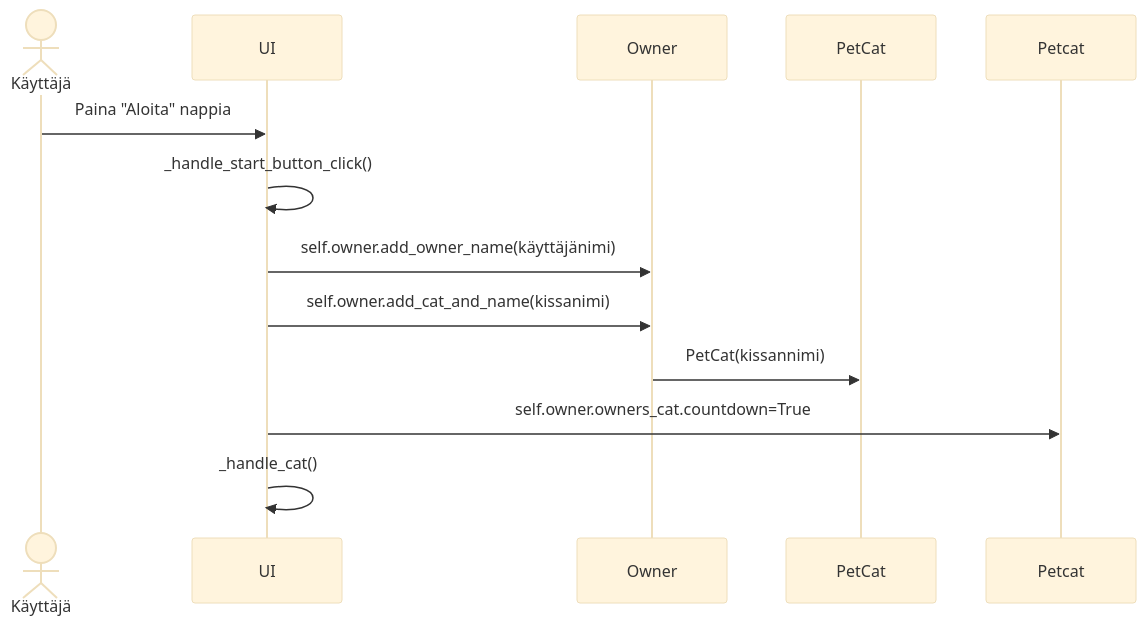
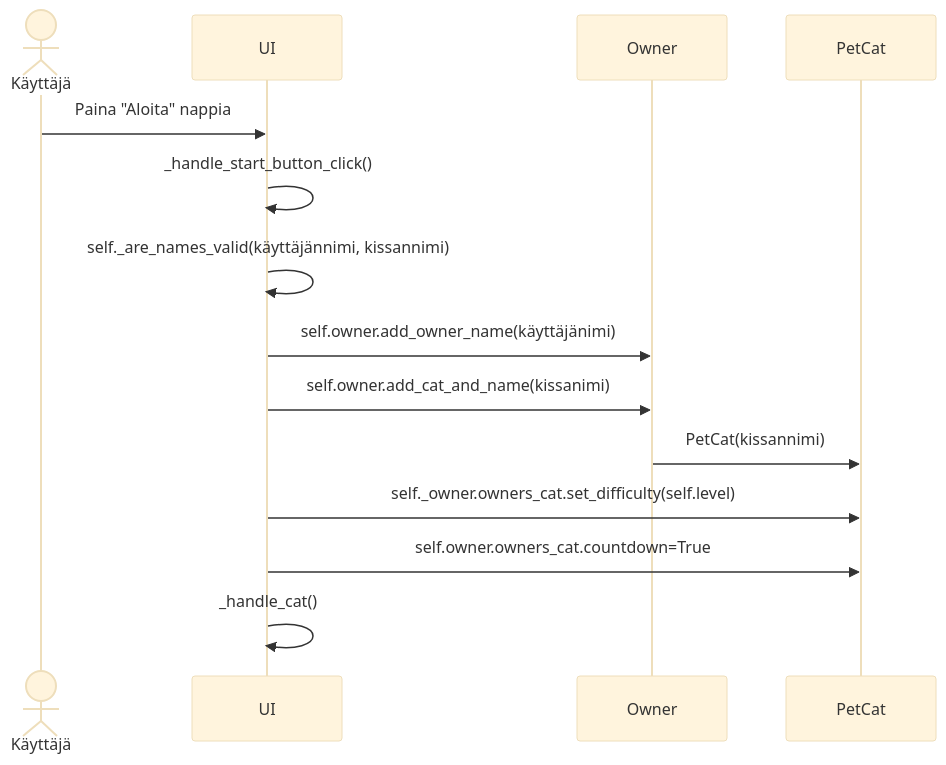
Before and after one commit to leinson/ohte-harjoitustyo: the third of 3 diagrams in dokumentaatio/arkkitehtuuri.md, drawn with Mermaid (base theme). The commit also changed other lines of this file, not shown here.

````diff
--- a/dokumentaatio/arkkitehtuuri.md
+++ b/dokumentaatio/arkkitehtuuri.md
@@ -67,15 +69,17 @@
 ```mermaid
 sequenceDiagram
    actor Käyttäjä
    participant UI
    participant Owner
    participant PetCat
    Käyttäjä->>UI: Paina "Aloita" nappia
    UI->>UI: _handle_start_button_click()
+   UI->>UI: self._are_names_valid(käyttäjännimi, kissannimi)
    UI->>Owner: self.owner.add_owner_name(käyttäjänimi)
    UI->>Owner: self.owner.add_cat_and_name(kissanimi)
    Owner->>PetCat: PetCat(kissannimi)
-   UI->>Petcat: self.owner.owners_cat.countdown=True
+   UI->>PetCat: self._owner.owners_cat.set_difficulty(self.level)
+   UI->>PetCat: self.owner.owners_cat.countdown=True
    UI->>UI: _handle_cat()
   
 ```
````
